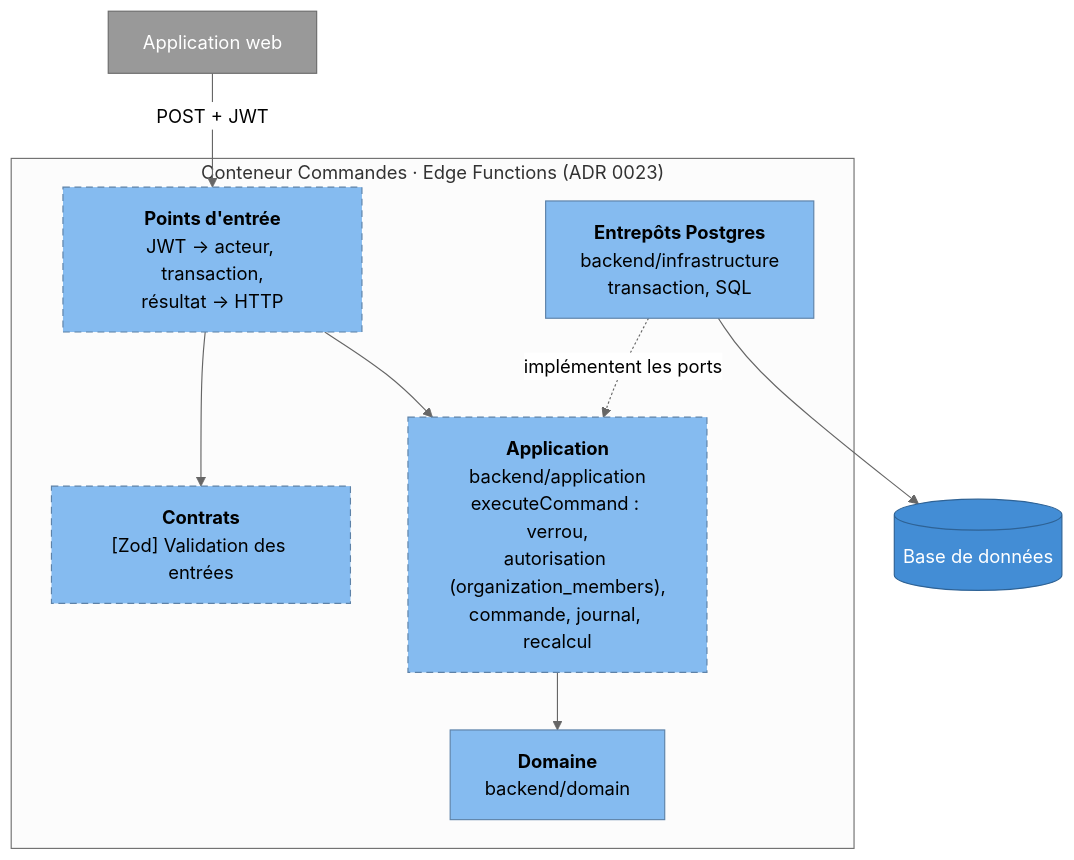
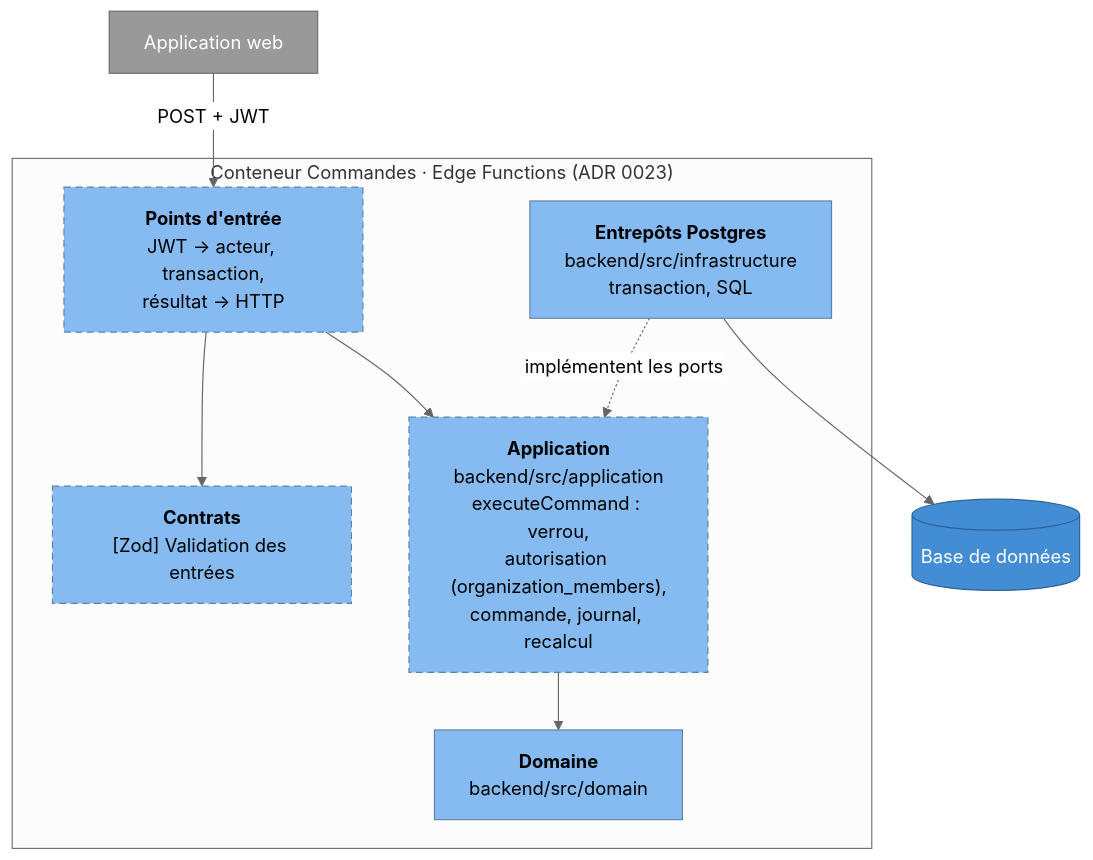
Before and after one commit to Charkx/Arrakard: the fourth of 5 diagrams in docs/architecture/c4.md, drawn with Mermaid (neutral theme). The commit also changed other lines of this file and 150 other files, not shown here.

````diff
--- a/docs/architecture/c4.md
+++ b/docs/architecture/c4.md
@@ -127,26 +127,26 @@
 ```mermaid
 flowchart TB
   classDef planned fill:#85bbf0,stroke:#5d82a8,color:#000,stroke-dasharray:6 4
   classDef component fill:#85bbf0,stroke:#5d82a8,color:#000
   classDef external fill:#999,stroke:#6b6b6b,color:#fff
   classDef db fill:#438dd5,stroke:#2e6295,color:#fff
 
   web["Application web"]:::external
 
   subgraph commands["Conteneur Commandes · Edge Functions (ADR 0023)"]
     handler["<b>Points d'entrée</b><br/>JWT → acteur, transaction,<br/>résultat → HTTP"]:::planned
     contracts["<b>Contrats</b><br/>[Zod] Validation des entrées"]:::planned
-    app["<b>Application</b><br/>backend/application<br/>executeCommand : verrou,<br/>autorisation (organization_members),<br/>commande, journal, recalcul"]:::planned
-    repos["<b>Entrepôts Postgres</b><br/>backend/infrastructure<br/>transaction, SQL"]:::component
-    domain["<b>Domaine</b><br/>backend/domain"]:::component
+    app["<b>Application</b><br/>backend/src/application<br/>executeCommand : verrou,<br/>autorisation (organization_members),<br/>commande, journal, recalcul"]:::planned
+    repos["<b>Entrepôts Postgres</b><br/>backend/src/infrastructure<br/>transaction, SQL"]:::component
+    domain["<b>Domaine</b><br/>backend/src/domain"]:::component
   end
 
   db[("Base de données")]:::db
 
   web -->|"POST + JWT"| handler
   handler --> contracts
   handler --> app
   app --> domain
   repos -. implémentent les ports .-> app
   repos --> db
 ```
````
